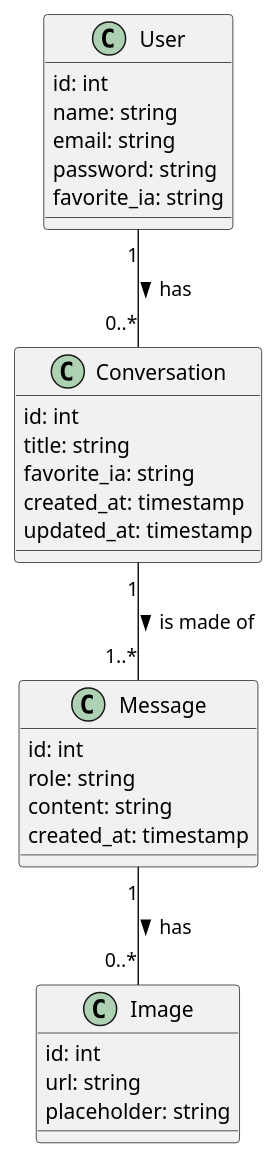
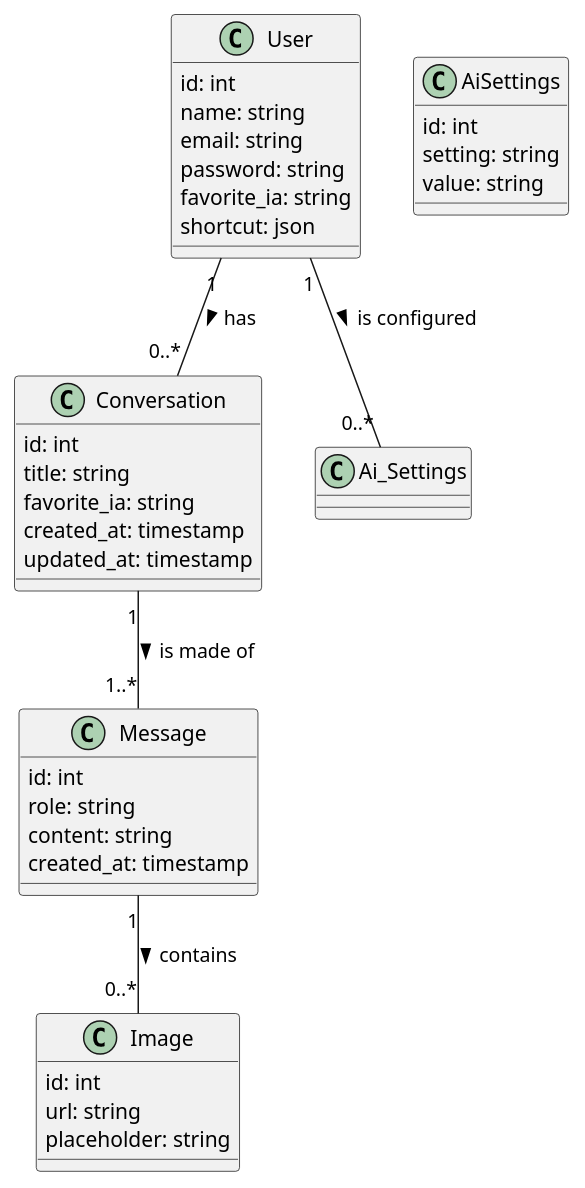
The diagram in docs/class_diagram.puml (AlphaXZero/AI_Chat), drawn with PlantUML before and after one commit. The commit also changed 3 other files, not shown here.

Commit message:
docs : update class_diagram

```diff
--- a/docs/class_diagram.puml
+++ b/docs/class_diagram.puml
@@ -1,30 +1,39 @@
 @startuml
 class User {
   id: int
   name: string
   email: string
   password: string
   favorite_ia: string
+  shortcut: json
+  ' Structure du shortcut (tableau d'objets) :
+  ' [{ "shortcut": "hi", "command": "hello " }, ...]
+}
+class AiSettings {
+  id: int
+  setting: string
+  value: string
 }
 class Conversation {
   id: int
   title: string
   favorite_ia: string
   created_at: timestamp
   updated_at: timestamp
 }
 class Message {
   id: int
   role: string
   content: string
   created_at: timestamp
 }
 class Image {
   id: int
   url: string
   placeholder: string
 }
 User "1" -- "0..*" Conversation : has >
+User "1" -- "0..*" Ai_Settings : is configured >
 Conversation "1" -- "1..*" Message : is made of >
-Message "1" -- "0..*" Image : has >
+Message "1" -- "0..*" Image : contains >
 @enduml
```
